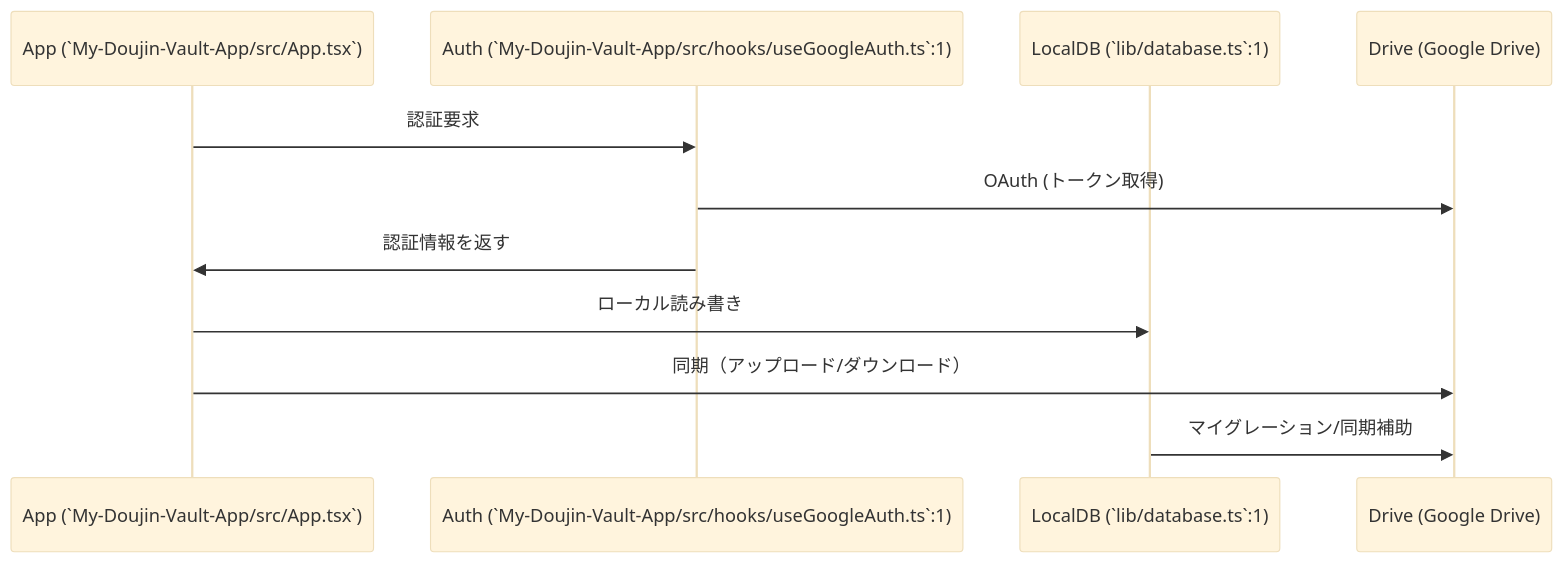
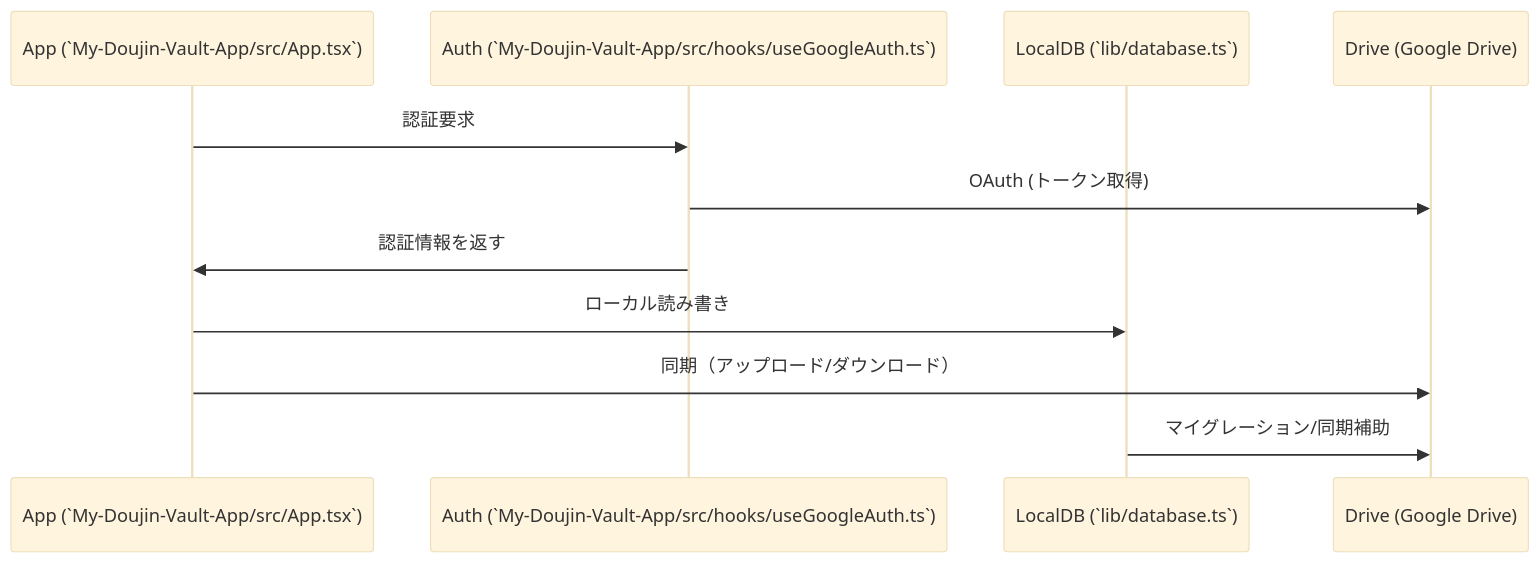
The diagram in docs/architecture.md (okurawave/DMMDLsiteManageProject), drawn with Mermaid (base theme) before and after one commit. The commit also changed other lines of this file and 3 other files, not shown here.

````diff
--- a/docs/architecture.md
+++ b/docs/architecture.md
@@ -9,13 +9,13 @@
 ```mermaid
 sequenceDiagram
   participant App as App (`My-Doujin-Vault-App/src/App.tsx`)
-  participant Auth as Auth (`My-Doujin-Vault-App/src/hooks/useGoogleAuth.ts`:1)
-  participant DB as LocalDB (`lib/database.ts`:1)
+  participant Auth as Auth (`My-Doujin-Vault-App/src/hooks/useGoogleAuth.ts`)
+  participant DB as LocalDB (`lib/database.ts`)
   participant Drive as Drive (Google Drive)
   App->>Auth: 認証要求
   Auth->>Drive: OAuth (トークン取得)
   Auth->>App: 認証情報を返す
   App->>DB: ローカル読み書き
   App->>Drive: 同期（アップロード/ダウンロード）
   DB->>Drive: マイグレーション/同期補助
 ```
````
